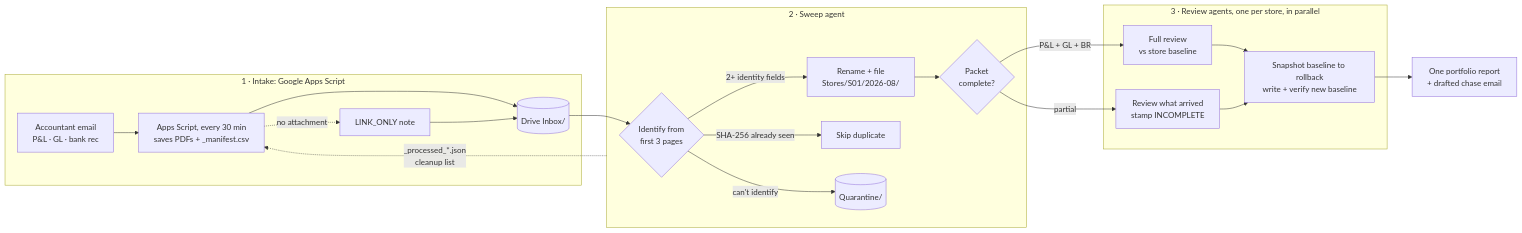
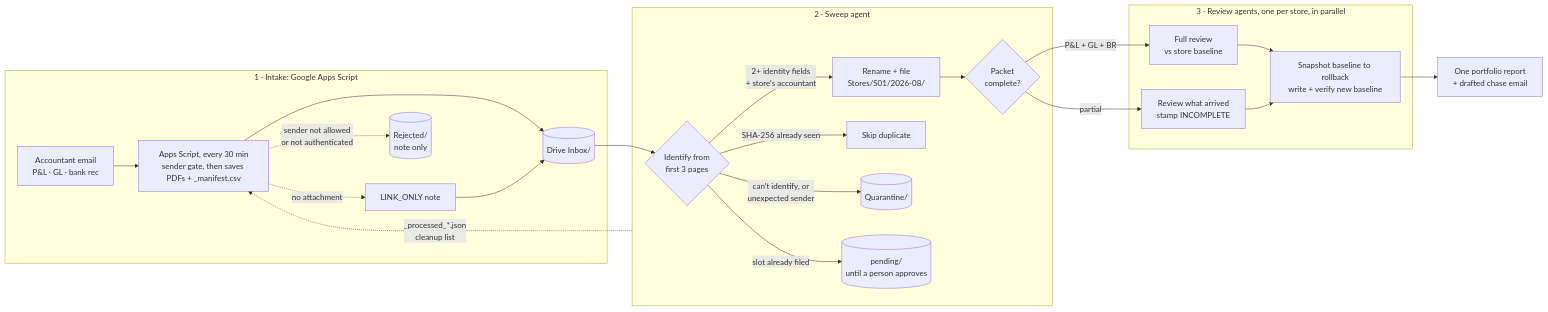
Before and after one commit to shroach03/pnl-analyzer: the diagram in README.md, drawn with Mermaid. The commit also changed other lines of this file and 55 other files, not shown here.

````diff
--- a/README.md
+++ b/README.md
@@ -17,26 +17,28 @@
 ```mermaid
 flowchart LR
     subgraph S1["1 · Intake: Google Apps Script"]
-        A["Accountant email<br/>P&L · GL · bank rec"] --> C["Apps Script, every 30 min<br/>saves PDFs + _manifest.csv"]
+        A["Accountant email<br/>P&L · GL · bank rec"] --> C["Apps Script, every 30 min<br/>sender gate, then saves PDFs + _manifest.csv"]
         C --> D[("Drive Inbox/")]
         C -. "no attachment" .-> E["LINK_ONLY note"] --> D
+        C -. "sender not allowed<br/>or not authenticated" .-> X[("Rejected/<br/>note only")]
     end
 
     subgraph S2["2 · Sweep agent"]
         D --> F{"Identify from<br/>first 3 pages"}
-        F -- "2+ identity fields" --> G["Rename + file<br/>Stores/S01/2026-08/"]
+        F -- "2+ identity fields<br/>+ store's accountant" --> G["Rename + file<br/>Stores/S01/2026-08/"]
         F -- "SHA-256 already seen" --> H["Skip duplicate"]
-        F -- "can't identify" --> Q[("Quarantine/")]
+        F -- "can't identify, or<br/>unexpected sender" --> Q[("Quarantine/")]
+        F -- "slot already filed" --> P[("pending/<br/>until a person approves")]
         G --> J{"Packet<br/>complete?"}
     end
 
     subgraph S3["3 · Review agents, one per store, in parallel"]
         J -- "P&L + GL + BR" --> K["Full review<br/>vs store baseline"]
         J -- "partial" --> L["Review what arrived<br/>stamp INCOMPLETE"]
         K --> M["Snapshot baseline to rollback<br/>write + verify new baseline"]
         L --> M
     end
 
     M --> R["One portfolio report<br/>+ drafted chase email"]
     S2 -. "_processed_*.json<br/>cleanup list" .-> C
 ```
````
